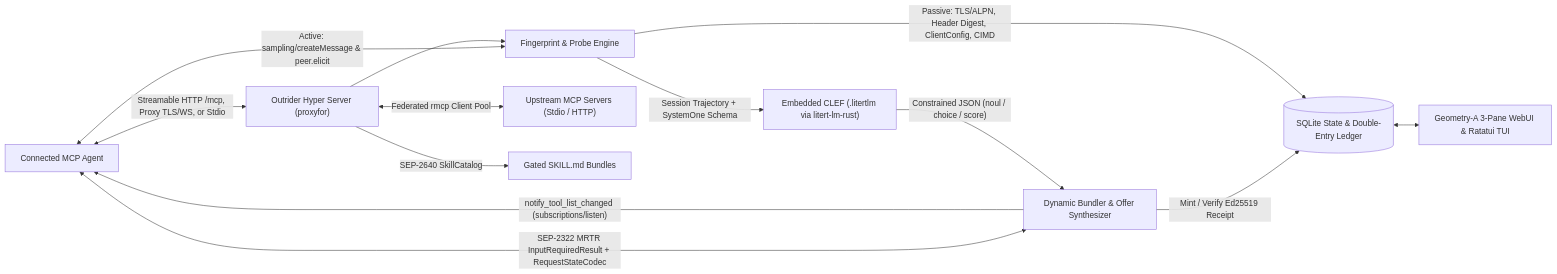
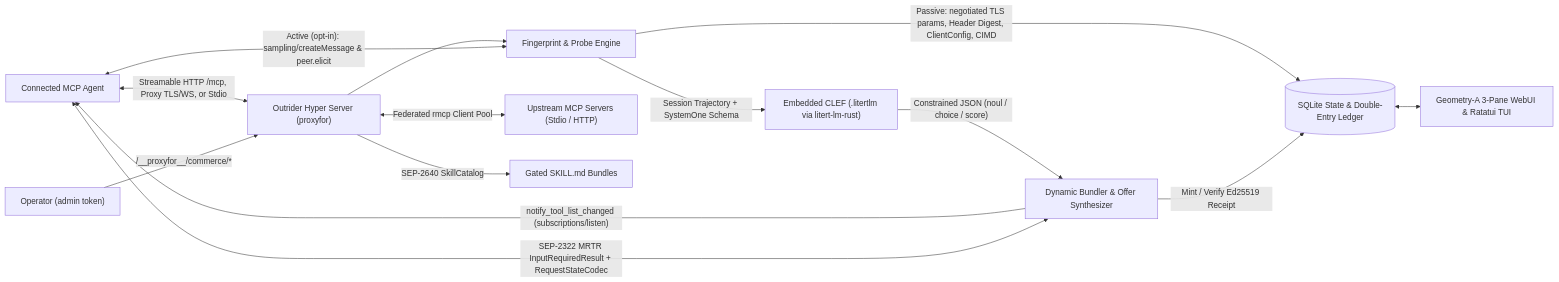
One commit to maceip/Outrider changed the diagram in docs/plans/implementation_plan.md. Above: the diagram before and after it, drawn with Mermaid. The commit also changed other lines of this file, not shown here.

Commit message:
docs: revise Outrider implementation plan (rev 2) — scoring spike, workspace layout, admin auth, phase gates

````diff
--- a/docs/plans/implementation_plan.md
+++ b/docs/plans/implementation_plan.md
@@ -14,15 +27,16 @@
 ```mermaid
 flowchart LR
     Agent["Connected MCP Agent"] <-->|"Streamable HTTP /mcp, Proxy TLS/WS, or Stdio"| Proxy["Outrider Hyper Server (proxyfor)"]
     Proxy --> FP["Fingerprint & Probe Engine"]
-    FP -->|"Passive: TLS/ALPN, Header Digest, ClientConfig, CIMD"| DB[("SQLite State & Double-Entry Ledger")]
-    FP <-->|"Active: sampling/createMessage & peer.elicit"| Agent
+    FP -->|"Passive: negotiated TLS params, Header Digest, ClientConfig, CIMD"| DB[("SQLite State & Double-Entry Ledger")]
+    FP <-->|"Active (opt-in): sampling/createMessage & peer.elicit"| Agent
     FP -->|"Session Trajectory + SystemOne Schema"| CLEF["Embedded CLEF (.litertlm via litert-lm-rust)"]
     CLEF -->|"Constrained JSON (noul / choice / score)"| Bundler["Dynamic Bundler & Offer Synthesizer"]
     Bundler -->|"notify_tool_list_changed (subscriptions/listen)"| Agent
     Bundler <-->|"SEP-2322 MRTR InputRequiredResult + RequestStateCodec"| Agent
     Bundler -->|"Mint / Verify Ed25519 Receipt"| DB
     Proxy <-->|"Federated rmcp Client Pool"| Upstreams["Upstream MCP Servers (Stdio / HTTP)"]
     Proxy -->|"SEP-2640 SkillCatalog"| Skills["Gated SKILL.md Bundles"]
+    Admin["Operator (admin token)"] -->|"/__proxyfor__/commerce/*"| Proxy
     DB <--> UI["Geometry-A 3-Pane WebUI & Ratatui TUI"]
 ```
````
